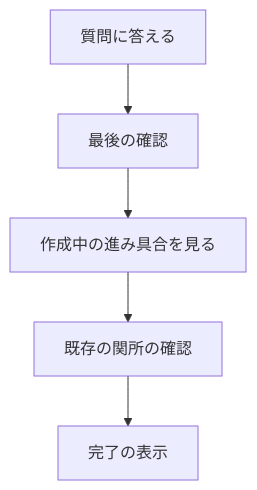
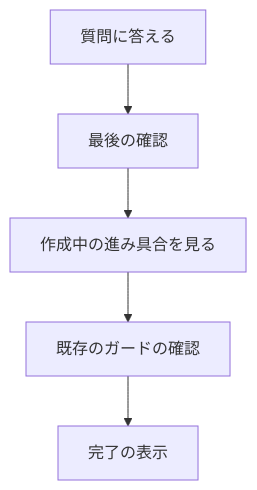
The first of 3 diagrams in manual.md (drecom/multica-squad-kit), drawn with Mermaid before and after one commit. The commit also changed other lines of this file and 15 other files, not shown here.

````diff
--- a/manual.md
+++ b/manual.md
@@ -226,7 +226,7 @@
 ```mermaid
 flowchart TD
     A[質問に答える] --> B[最後の確認]
     B --> C[作成中の進み具合を見る]
-    C --> D[既存の関所の確認]
+    C --> D[既存のガードの確認]
     D --> E[完了の表示]
 ```
````
